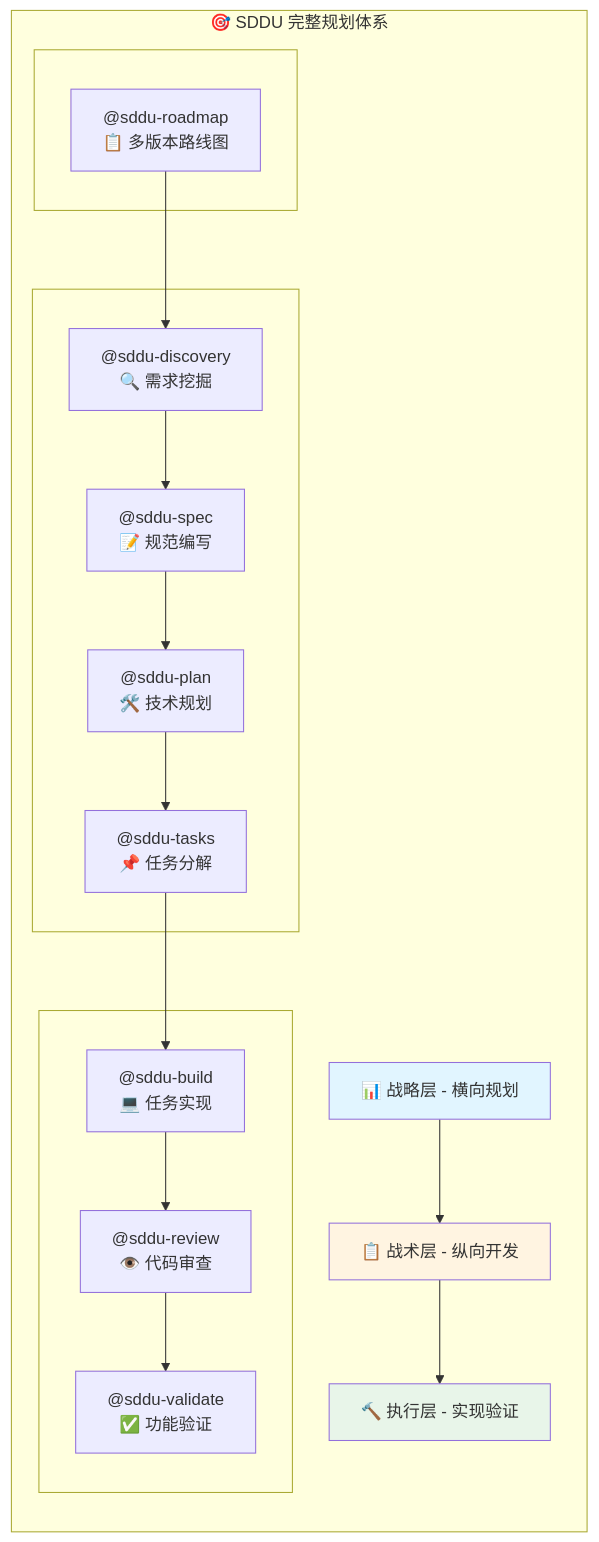
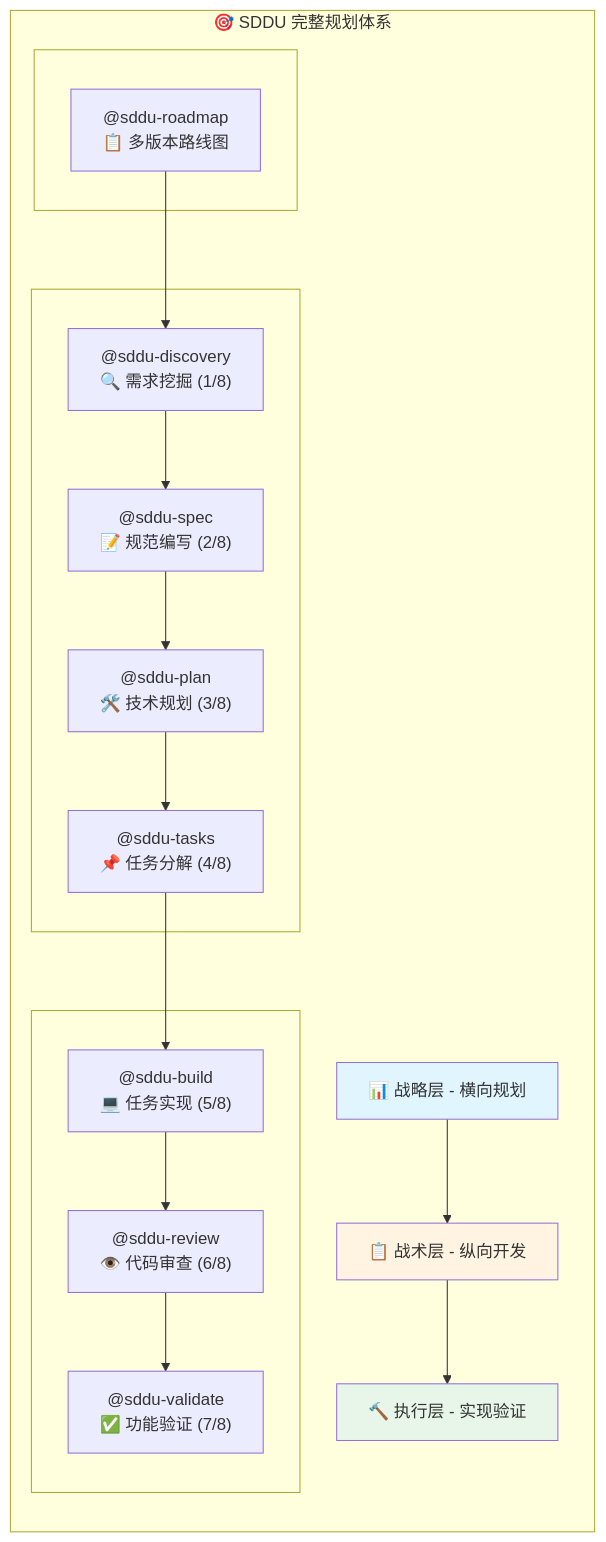
The second of 5 diagrams in README.md (THZSummer/sddu), drawn with Mermaid before and after one commit. The commit also changed other lines of this file, not shown here.

````diff
--- a/README.md
+++ b/README.md
@@ -247,38 +255,38 @@
 ```mermaid
 flowchart TD
     subgraph SDDU[🎯 SDDU 完整规划体系]
         direction TB
-        
+
         Strategic[📊 战略层 - 横向规划]
         Tactical[📋 战术层 - 纵向开发]
         Execution[🔨 执行层 - 实现验证]
-        
+
         Strategic --> Tactical
         Tactical --> Execution
-        
+
         subgraph StrategicLayer[ ]
             SR1["@sddu-roadmap\n📋 多版本路线图"]
         end
-        
+
         subgraph TacticalLayer[ ]
-            TL1["@sddu-discovery\n🔍 需求挖掘"]
-            TL2["@sddu-spec\n📝 规范编写"]
-            TL3["@sddu-plan\n🛠️ 技术规划"]
-            TL4["@sddu-tasks\n📌 任务分解"]
+            TL1["@sddu-discovery\n🔍 需求挖掘 (1/8)"]
+            TL2["@sddu-spec\n📝 规范编写 (2/8)"]
+            TL3["@sddu-plan\n🛠️ 技术规划 (3/8)"]
+            TL4["@sddu-tasks\n📌 任务分解 (4/8)"]
         end
-        
+
         subgraph ExecutionLayer[ ]
-            EL1["@sddu-build\n💻 任务实现"]
-            EL2["@sddu-review\n👁️ 代码审查"]
-            EL3["@sddu-validate\n✅ 功能验证"]
+            EL1["@sddu-build\n💻 任务实现 (5/8)"]
+            EL2["@sddu-review\n👁️ 代码审查 (6/8)"]
+            EL3["@sddu-validate\n✅ 功能验证 (7/8)"]
         end
-        
+
         SR1 --> TL1
         TL1 --> TL2 --> TL3 --> TL4
         TL4 --> EL1 --> EL2 --> EL3
-        
+
         style Strategic fill:#e1f5ff
         style Tactical fill:#fff4e1
         style Execution fill:#e8f5e9
     end
 ```
````
